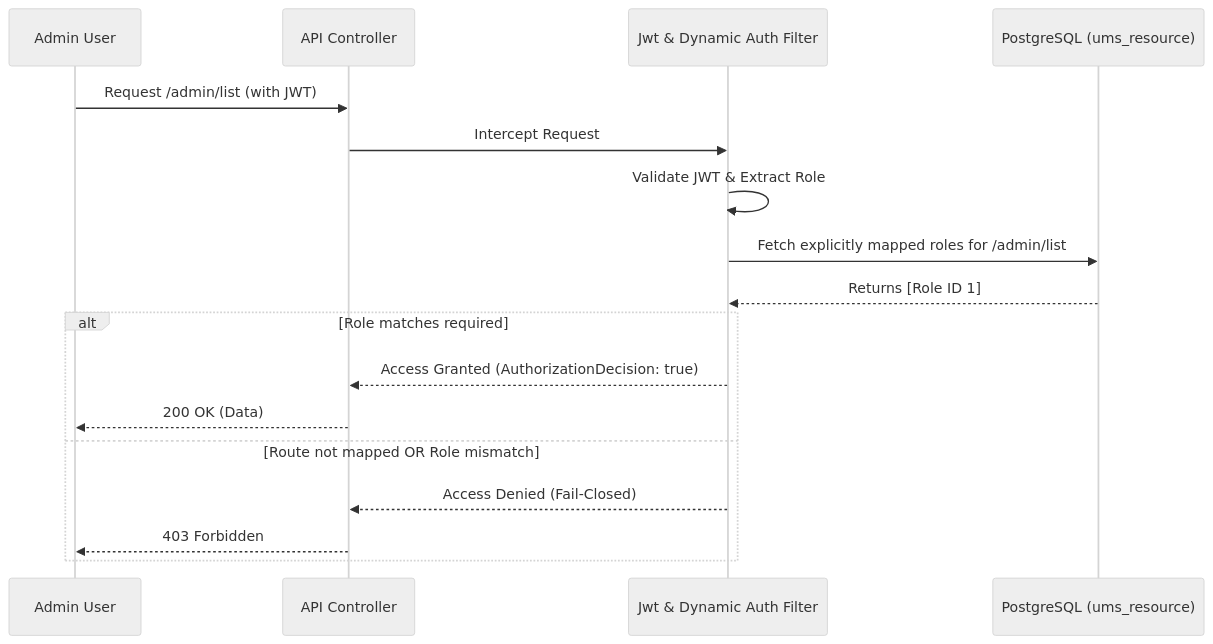
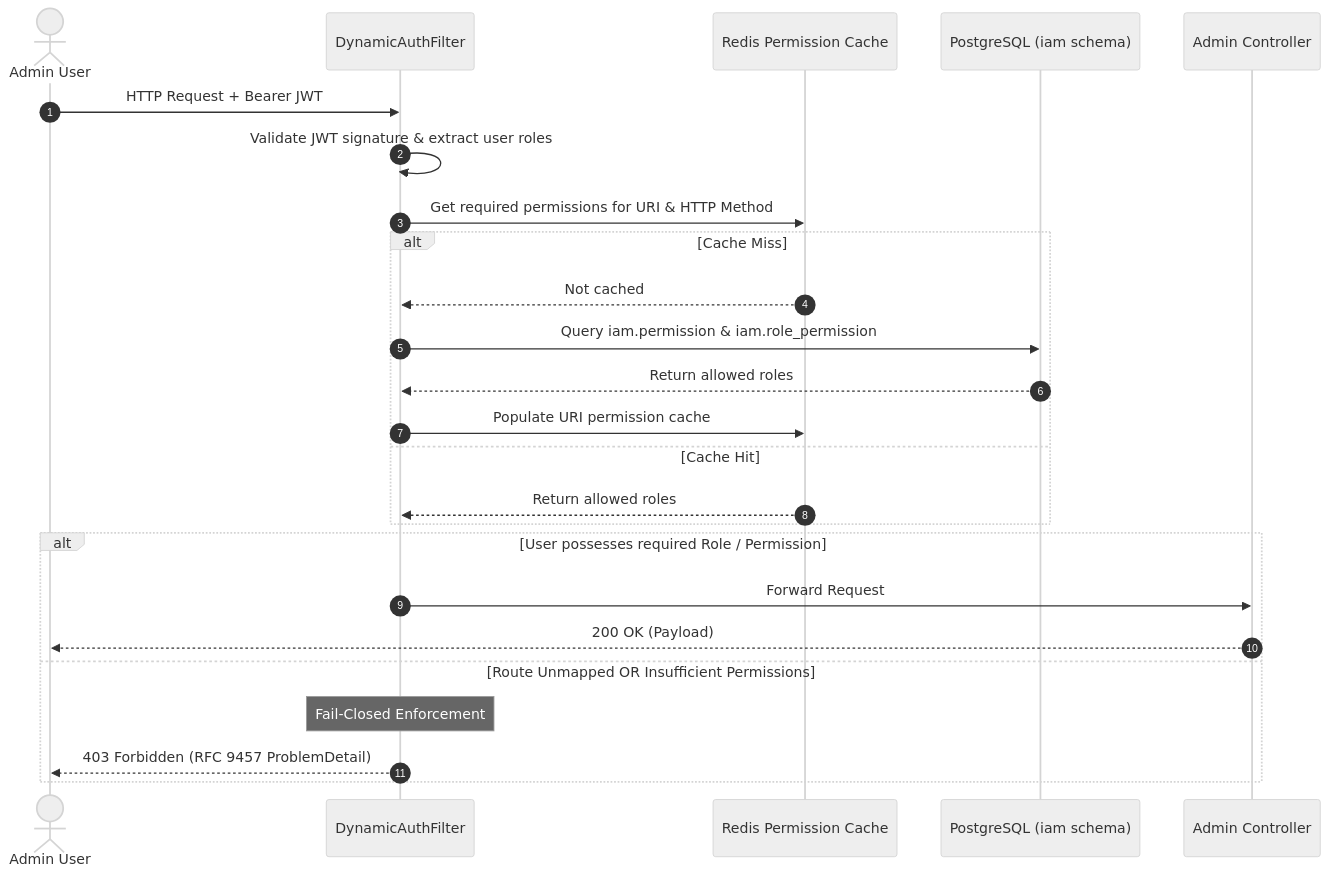
The third of 4 diagrams in README.md (AadarshPandey/NexusEngine), drawn with Mermaid (neutral theme) before and after one commit. The commit also changed other lines of this file, not shown here.

````diff
--- a/README.md
+++ b/README.md
@@ -12,21 +149,29 @@
 ```mermaid
 sequenceDiagram
-    participant Admin as Admin User
-    participant Gateway as API Controller
-    participant Filter as Jwt & Dynamic Auth Filter
-    participant DB as PostgreSQL (ums_resource)
+    autonumber
+    actor Admin as Admin User
+    participant AuthFilter as DynamicAuthFilter
+    participant Cache as Redis Permission Cache
+    participant DB as PostgreSQL (iam schema)
+    participant Controller as Admin Controller
 
-    Admin->>Gateway: Request /admin/list (with JWT)
-    Gateway->>Filter: Intercept Request
-    Filter->>Filter: Validate JWT & Extract Role
-    Filter->>DB: Fetch explicitly mapped roles for /admin/list
-    DB-->>Filter: Returns [Role ID 1]
-    
-    alt Role matches required
-        Filter-->>Gateway: Access Granted (AuthorizationDecision: true)
-        Gateway-->>Admin: 200 OK (Data)
-    else Route not mapped OR Role mismatch
-        Filter-->>Gateway: Access Denied (Fail-Closed)
-        Gateway-->>Admin: 403 Forbidden
+    Admin->>AuthFilter: HTTP Request + Bearer JWT
+    AuthFilter->>AuthFilter: Validate JWT signature & extract user roles
+    AuthFilter->>Cache: Get required permissions for URI & HTTP Method
+    alt Cache Miss
+        Cache-->>AuthFilter: Not cached
+        AuthFilter->>DB: Query iam.permission & iam.role_permission
+        DB-->>AuthFilter: Return allowed roles
+        AuthFilter->>Cache: Populate URI permission cache
+    else Cache Hit
+        Cache-->>AuthFilter: Return allowed roles
+    end
+
+    alt User possesses required Role / Permission
+        AuthFilter->>Controller: Forward Request
+        Controller-->>Admin: 200 OK (Payload)
+    else Route Unmapped OR Insufficient Permissions
+        Note over AuthFilter: Fail-Closed Enforcement
+        AuthFilter-->>Admin: 403 Forbidden (RFC 9457 ProblemDetail)
     end
 ```
````
